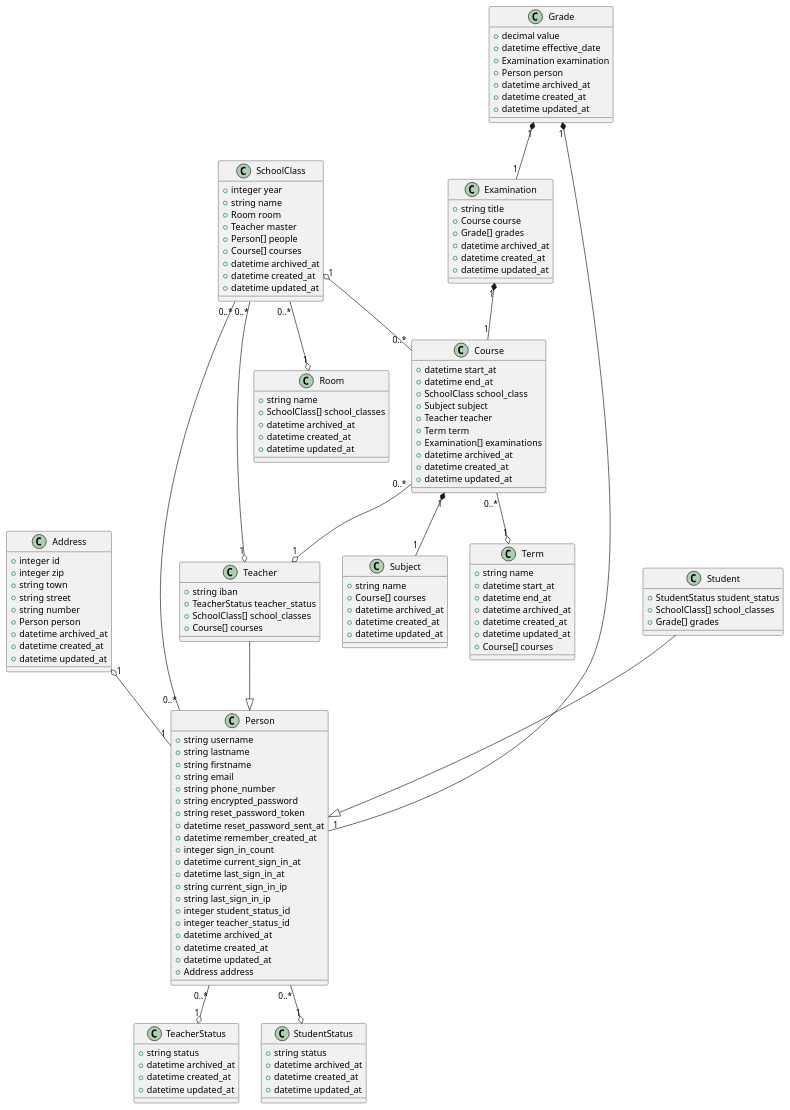
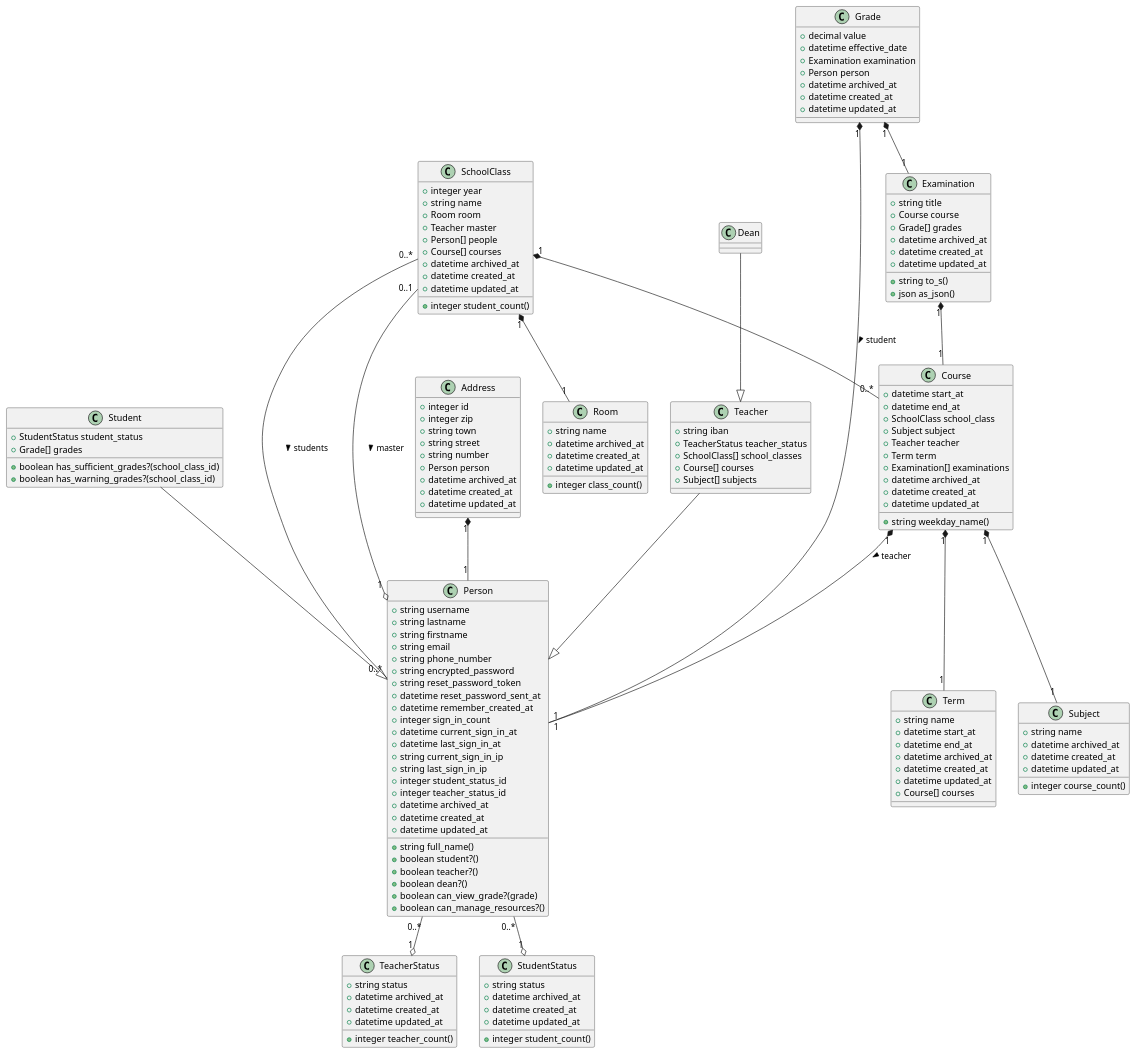
One commit to EliottJaquierEdu/ROR changed the diagram in doc/class-diagram.puml. Above: the diagram before and after it, drawn with PlantUML. The commit also changed 2 other files, not shown here.

Commit message:
Export diagrams in PNG + improve class diagram readability and precision

```diff
--- a/doc/class-diagram.puml
+++ b/doc/class-diagram.puml
@@ -1,152 +1,170 @@
 @startuml
 
 class Address {
   +integer id
   +integer zip
   +string town
   +string street
   +string number
   +Person person
   +datetime archived_at
   +datetime created_at
   +datetime updated_at
 }
 
 class Person {
   +string username
   +string lastname
   +string firstname
   +string email
   +string phone_number
   +string encrypted_password
   +string reset_password_token
   +datetime reset_password_sent_at
   +datetime remember_created_at
   +integer sign_in_count
   +datetime current_sign_in_at
   +datetime last_sign_in_at
   +string current_sign_in_ip
   +string last_sign_in_ip
   +integer student_status_id
   +integer teacher_status_id
   +datetime archived_at
   +datetime created_at
   +datetime updated_at
-  +Address address
+  +string full_name()
+  +boolean student?()
+  +boolean teacher?()
+  +boolean dean?()
+  +boolean can_view_grade?(grade)
+  +boolean can_manage_resources?()
 }
 
 class Teacher {
   +string iban
   +TeacherStatus teacher_status
   +SchoolClass[] school_classes
   +Course[] courses
+  +Subject[] subjects
+}
+
+class Dean {
+
 }
 
 class Student {
   +StudentStatus student_status
-  +SchoolClass[] school_classes
   +Grade[] grades
+  +boolean has_sufficient_grades?(school_class_id)
+  +boolean has_warning_grades?(school_class_id)
 }
 
 class SchoolClass {
   +integer year
   +string name
   +Room room
   +Teacher master
   +Person[] people
   +Course[] courses
   +datetime archived_at
   +datetime created_at
   +datetime updated_at
+  +integer student_count()
 }
 
 class Course {
   +datetime start_at
   +datetime end_at
   +SchoolClass school_class
   +Subject subject
   +Teacher teacher
   +Term term
   +Examination[] examinations
   +datetime archived_at
   +datetime created_at
   +datetime updated_at
+  +string weekday_name()
 }
 
 class Subject {
   +string name
-  +Course[] courses
   +datetime archived_at
   +datetime created_at
   +datetime updated_at
+  +integer course_count()
 }
 
 class Term {
   +string name
   +datetime start_at
   +datetime end_at
   +datetime archived_at
   +datetime created_at
   +datetime updated_at
   +Course[] courses
 }
 
 class Examination {
   +string title
   +Course course
   +Grade[] grades
   +datetime archived_at
   +datetime created_at
   +datetime updated_at
+  +string to_s()
+  +json as_json()
 }
 
 class Grade {
   +decimal value
   +datetime effective_date
   +Examination examination
   +Person person
   +datetime archived_at
   +datetime created_at
   +datetime updated_at
 }
 
 class Room {
   +string name
-  +SchoolClass[] school_classes
   +datetime archived_at
   +datetime created_at
   +datetime updated_at
+  +integer class_count()
 }
 
 class TeacherStatus {
   +string status
   +datetime archived_at
   +datetime created_at
   +datetime updated_at
+  +integer teacher_count()
 }
 
 class StudentStatus {
   +string status
   +datetime archived_at
   +datetime created_at
   +datetime updated_at
+  +integer student_count()
 }
 
-Address "1" o-- "1" Person
+' Relationships
+Address "1" *-- "1" Person
 Person "0..*" --o "1" StudentStatus
 Person "0..*" --o "1" TeacherStatus
-SchoolClass "0..*" -- "0..*" Person
-SchoolClass "0..*" --o "1" Room
-SchoolClass "0..*" --o "1" Teacher
-SchoolClass "1" o-- "0..*" Course
-Course "0..*" --o "1" Term
-Course "0..*" --o "1" Teacher
+SchoolClass "0..*" -- "0..*" Person: students >
+SchoolClass "1" *-- "0..*" Course
+SchoolClass "1" *-- "1" Room
+SchoolClass "0..1" --o "1" Person: master >
 Course "1" *-- "1" Subject
+Course "1" *-- "1" Term
+Course "1" *-- "1" Person: teacher >
 Examination "1" *-- "1" Course
 Grade "1" *-- "1" Examination
-Grade "1" *-- "1" Person
-
+Grade "1" *-- "1" Person: student >
 Teacher --|> Person
 Student --|> Person
+Dean --|> Teacher
 
 @enduml
```
